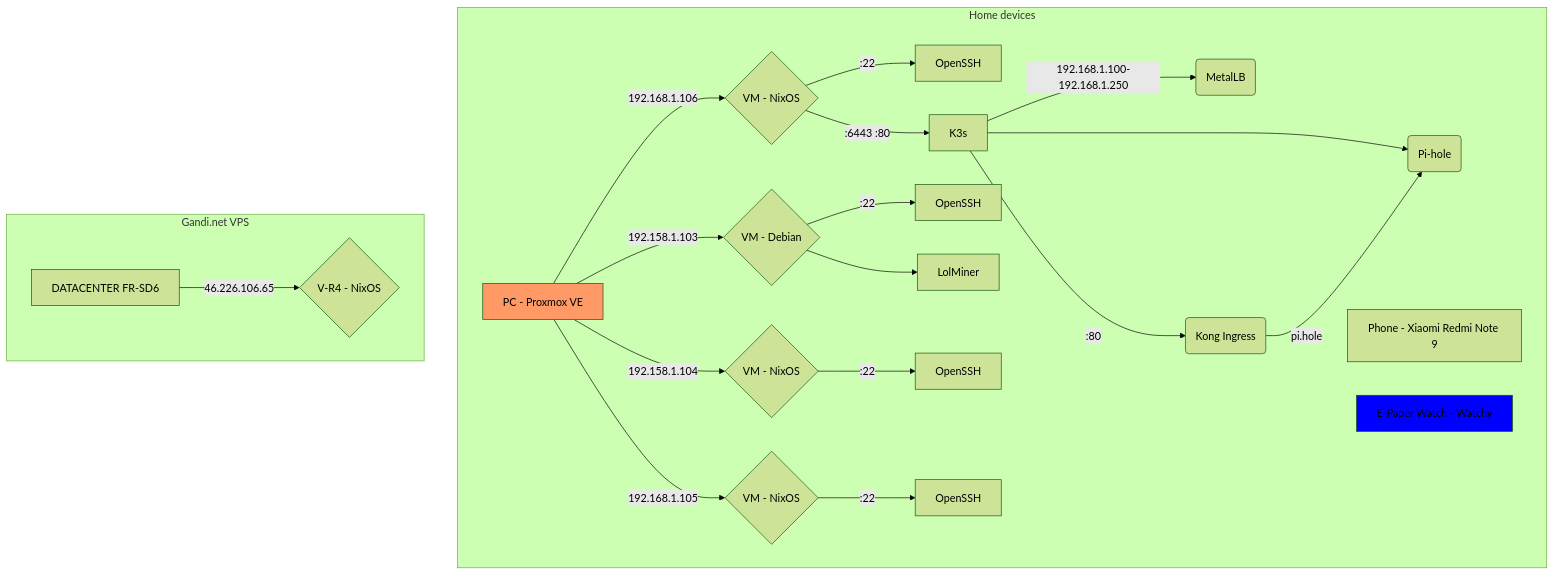
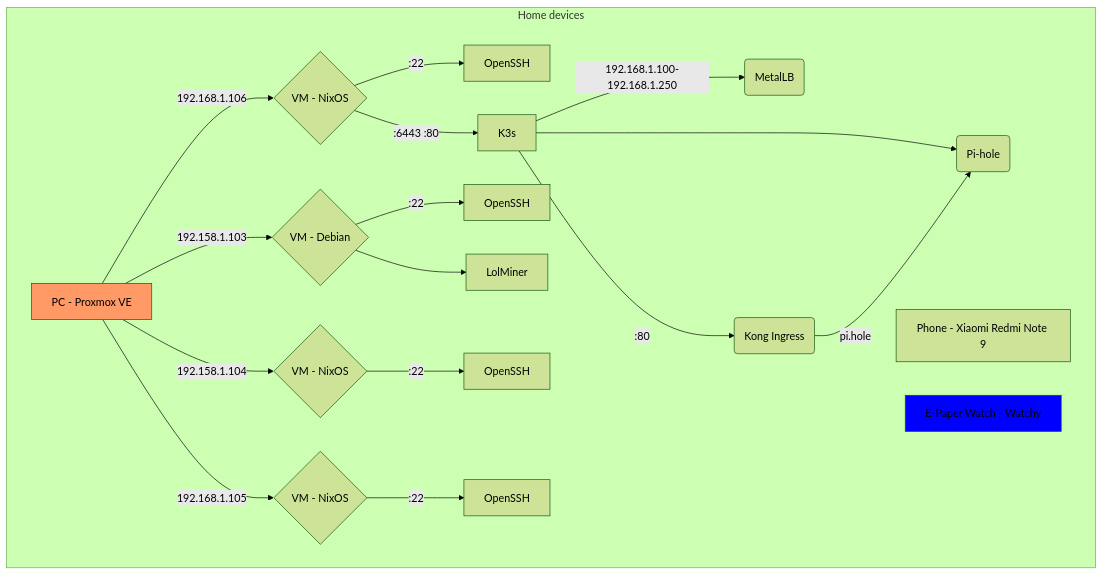
The diagram in homelab/README.md (portothree/dotfiles), drawn with Mermaid (forest theme) before and after one commit.

Commit message:
chore: remove gandi vps from mermaid diagram

````diff
--- a/homelab/README.md
+++ b/homelab/README.md
@@ -6,36 +6,32 @@
 ```mermaid
 graph TD
 	subgraph Home devices
 		A[PC - Proxmox VE] -->|192.168.1.106| 100{VM - NixOS};
 		100 -->|:22| 100_ssh[OpenSSH];
 		100 -->|:6443 :80| K3s[K3s];
 		K3s -->|192.168.1.100-192.168.1.250| MetalLB(MetalLB);
 		click MetalLB "https://metallb.org" _blank
 		K3s -->|:80| Kong(Kong Ingress);
 		K3s --> Pi-hole(Pi-hole);
 		Kong -->|pi.hole| Pi-hole;
 		
 		A -->|192.158.1.103| 102{VM - Debian};
 		102 -->|:22| 102_ssh[OpenSSH];
 		102 --> lolminer[LolMiner];
 		
 		A -->|192.158.1.104| 103{VM - NixOS};
 		103 -->|:22| 103_ssh[OpenSSH];
 		
 		A -->|192.168.1.105| 104{VM - NixOS};
 		104 -->|:22| 104_ssh[OpenSSH];
 		
 		
 		B[Phone - Xiaomi Redmi Note 9]
 		C[E-Paper Watch - Watchy]
 	end
 	
-	subgraph Gandi.net VPS 
-		A1[DATACENTER FR-SD6] -->|46.226.106.65| Tosh{V-R4 - NixOS};	
-	end
-	
 	classDef orange fill:#f96;
 	classDef blue	fill:#00f;
 	class A orange
 	class C blue
 ```
````
